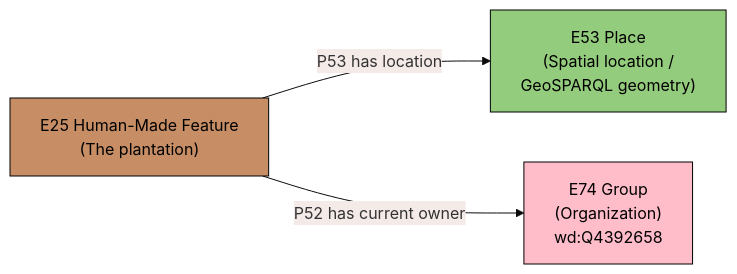
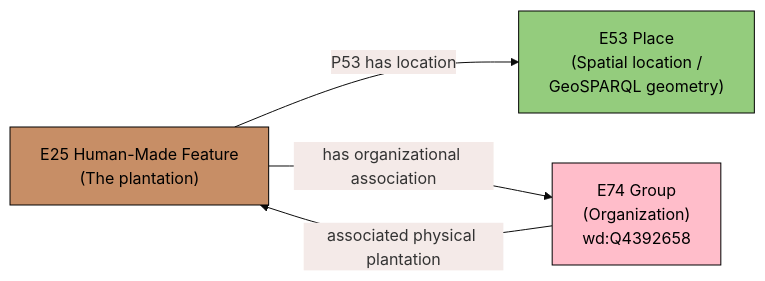
Before and after one commit to SurinameTimeMachine/suriname-database-model: the seventh of 8 diagrams in docs/models/source-pattern-explained.mdx, drawn with Mermaid. The commit also changed other lines of this file and 17 other files, not shown here.

````diff
--- a/docs/models/source-pattern-explained.mdx
+++ b/docs/models/source-pattern-explained.mdx
@@ -343,23 +344,24 @@
 ```mermaid
 %%{init: {'theme': 'base', 'themeVariables': { 'primaryColor': '#e8f4ea'}}}%%
 flowchart LR
     E25["E25 Human-Made Feature
     (The plantation)"]
     E53["E53 Place
     (Spatial location /
     GeoSPARQL geometry)"]
     E74_ORG["E74 Group
     (Organization)
     wd:Q4392658"]
 
     E25 -->|"P53 has location"| E53
-    E25 -->|"P52 has current owner"| E74_ORG
+    E25 -->|"has organizational association"| E74_ORG
+    E74_ORG -->|"associated physical plantation"| E25
 
     classDef crm_E18_Physical_Thing fill:#c78e66,stroke:#000000,color:#000000
     classDef crm_E53_Place fill:#94cc7d,stroke:#000000,color:#000000
     classDef crm_E39_Actor fill:#ffbdca,stroke:#000000,color:#000000
 
     class E25 crm_E18_Physical_Thing
     class E53 crm_E53_Place
     class E74_ORG crm_E39_Actor
 ```
````
